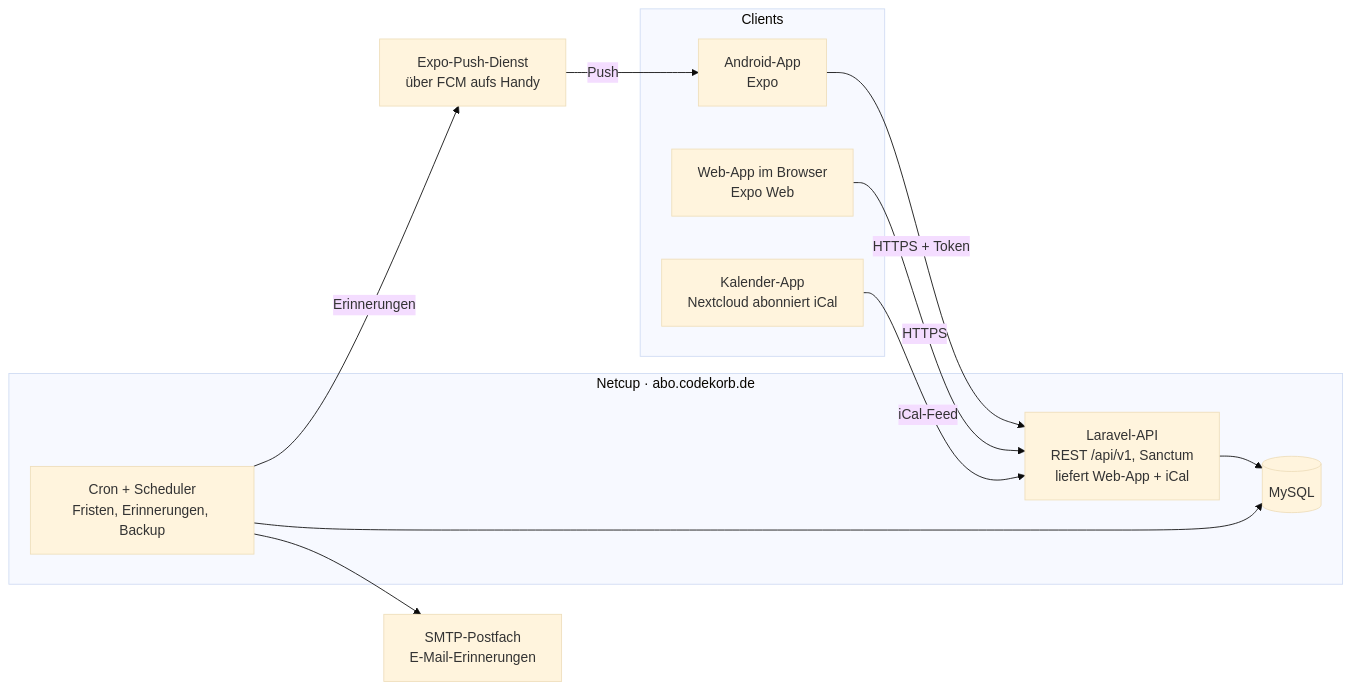
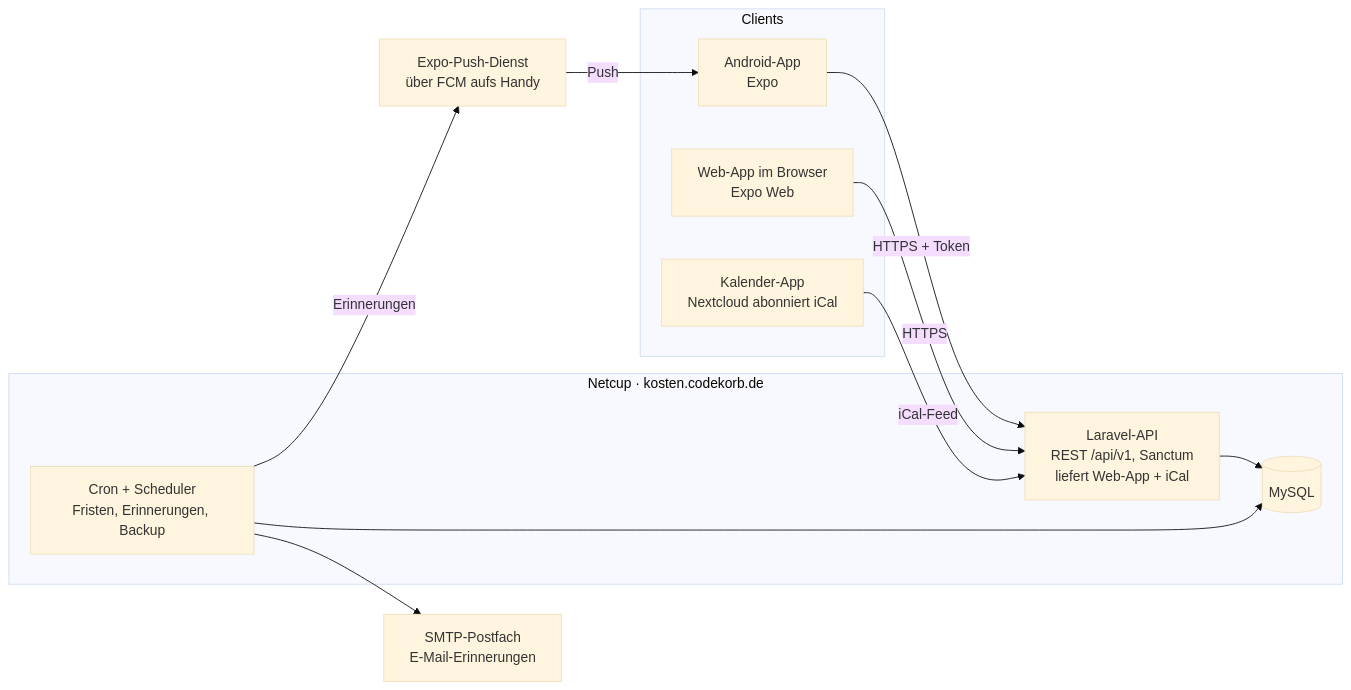
The diagram in docs/SPEC.md (christiandemski/abo-tracker), drawn with Mermaid (base theme) before and after one commit. The commit also changed other lines of this file and 40 other files, not shown here.

Commit message:
Rename project to Cost-Tracker (kosten.codekorb.de, de.codekorb.kosten)

````diff
--- a/docs/SPEC.md
+++ b/docs/SPEC.md
@@ -25,23 +25,23 @@
 ```mermaid
 flowchart LR
   subgraph Clients
     A[Android-App<br/>Expo]
     W[Web-App im Browser<br/>Expo Web]
     K[Kalender-App<br/>Nextcloud abonniert iCal]
   end
-  subgraph Netcup["Netcup · abo.codekorb.de"]
+  subgraph Netcup["Netcup · kosten.codekorb.de"]
     API[Laravel-API<br/>REST /api/v1, Sanctum<br/>liefert Web-App + iCal]
     DB[(MySQL)]
     S[Cron + Scheduler<br/>Fristen, Erinnerungen, Backup]
   end
   P[Expo-Push-Dienst<br/>über FCM aufs Handy]
   M[SMTP-Postfach<br/>E-Mail-Erinnerungen]
   A -- HTTPS + Token --> API
   W -- HTTPS --> API
   K -- iCal-Feed --> API
   API --> DB
   S --> DB
   S -- Erinnerungen --> P
   S --> M
   P -- Push --> A
 ```
````
